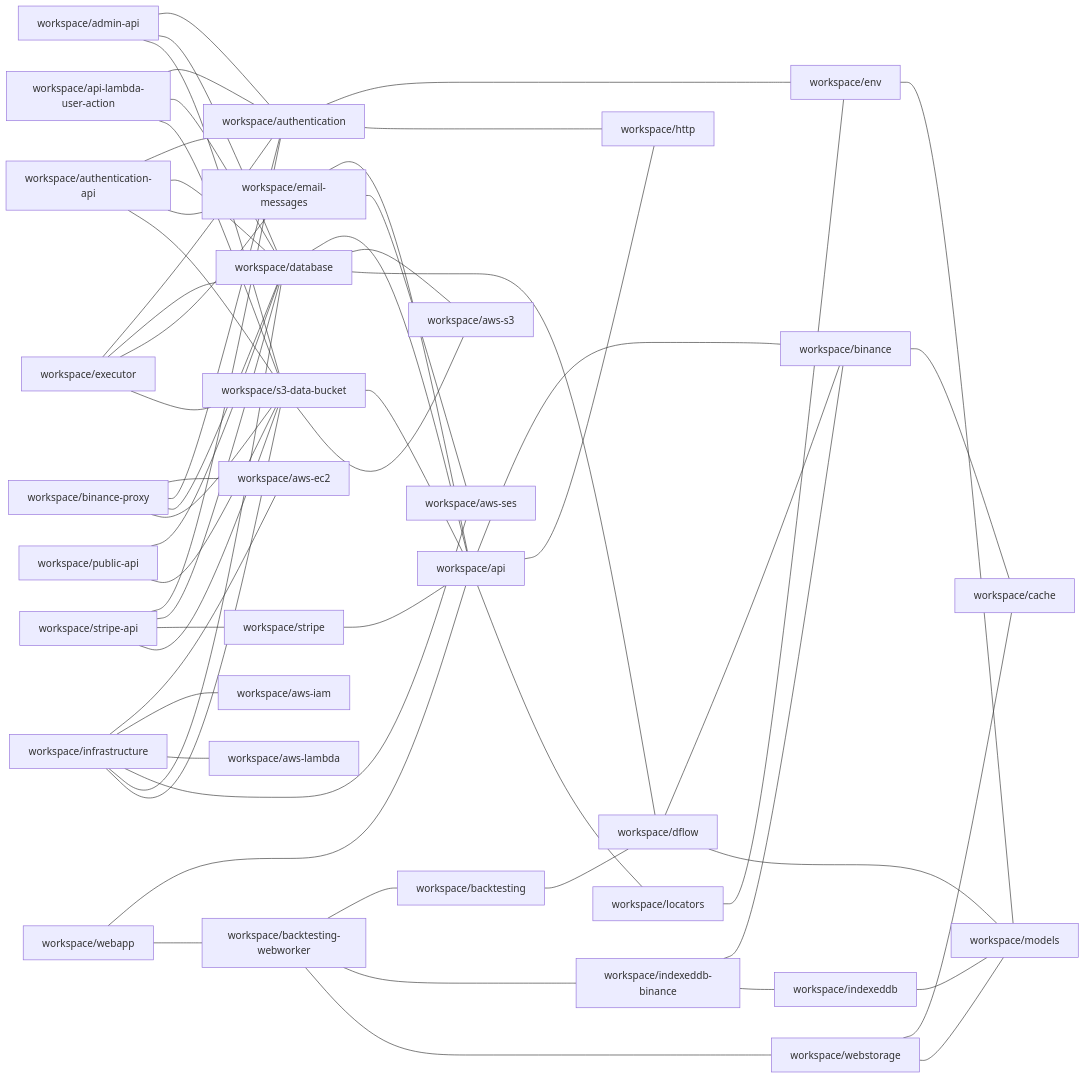
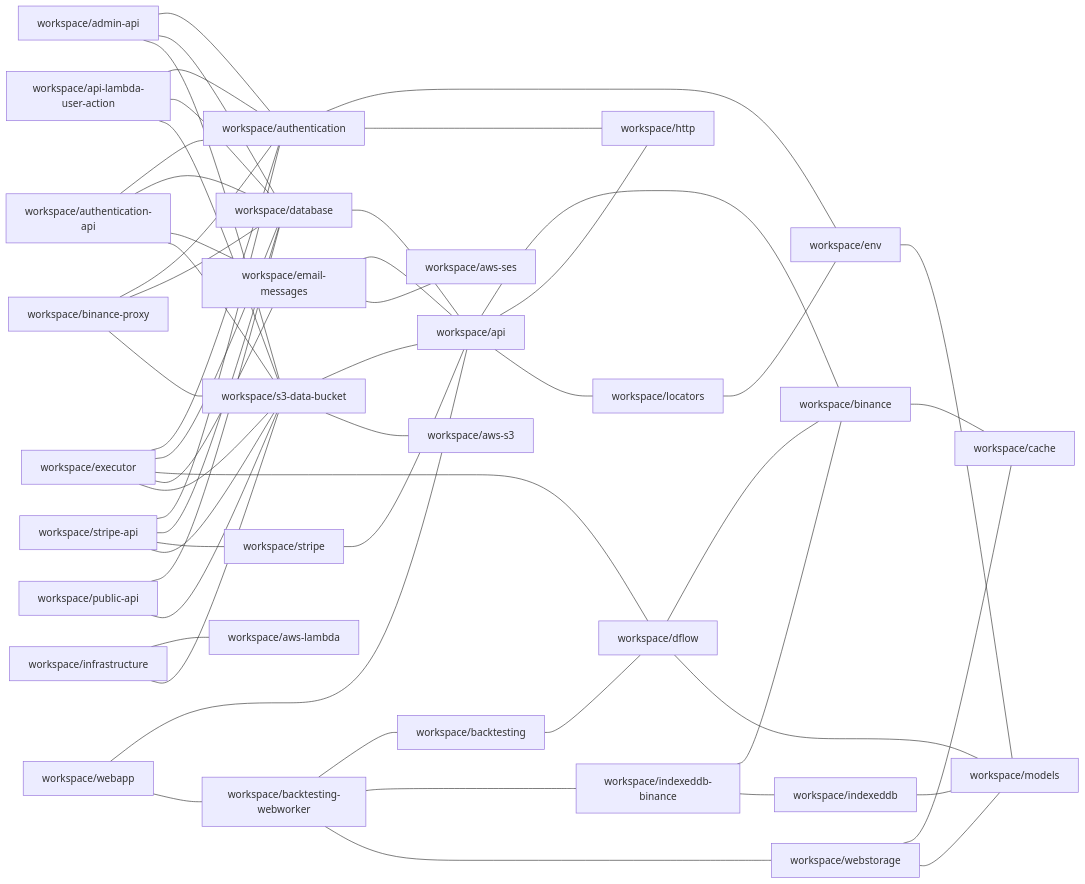
One commit to ggbot-org/ggbot changed the diagram in repository/docs/npm-dependencies.md. Above: the diagram before and after it, drawn with Mermaid. The commit also changed 16 other files, not shown here.

Commit message:
remove aws-iam workspace

````diff
--- a/repository/docs/npm-dependencies.md
+++ b/repository/docs/npm-dependencies.md
@@ -6,62 +6,56 @@
 ```mermaid
 graph LR
     workspace/admin-api --- workspace/authentication
     workspace/admin-api --- workspace/database
     workspace/admin-api --- workspace/s3-data-bucket
     workspace/api --- workspace/binance
     workspace/api --- workspace/http
     workspace/api --- workspace/locators
     workspace/api-lambda-user-action --- workspace/authentication
     workspace/api-lambda-user-action --- workspace/database
     workspace/api-lambda-user-action --- workspace/s3-data-bucket
     workspace/authentication --- workspace/env
     workspace/authentication --- workspace/http
     workspace/authentication-api --- workspace/authentication
     workspace/authentication-api --- workspace/database
     workspace/authentication-api --- workspace/email-messages
     workspace/authentication-api --- workspace/s3-data-bucket
     workspace/backtesting --- workspace/dflow
     workspace/backtesting-webworker --- workspace/backtesting
     workspace/backtesting-webworker --- workspace/indexeddb-binance
     workspace/backtesting-webworker --- workspace/webstorage
     workspace/binance --- workspace/cache
-    workspace/binance-proxy --- workspace/aws-ec2
     workspace/binance-proxy --- workspace/authentication
     workspace/binance-proxy --- workspace/database
     workspace/binance-proxy --- workspace/s3-data-bucket
     workspace/database --- workspace/api
-    workspace/database --- workspace/aws-s3
-    workspace/database --- workspace/dflow
     workspace/dflow --- workspace/binance
     workspace/dflow --- workspace/models
     workspace/email-messages --- workspace/api
     workspace/email-messages --- workspace/aws-ses
     workspace/env --- workspace/models
     workspace/executor --- workspace/authentication
     workspace/executor --- workspace/database
+    workspace/executor --- workspace/dflow
     workspace/executor --- workspace/email-messages
     workspace/executor --- workspace/s3-data-bucket
     workspace/indexeddb --- workspace/models
     workspace/indexeddb-binance --- workspace/binance
     workspace/indexeddb-binance --- workspace/indexeddb
-    workspace/infrastructure --- workspace/aws-ec2
-    workspace/infrastructure --- workspace/aws-iam
     workspace/infrastructure --- workspace/aws-lambda
-    workspace/infrastructure --- workspace/aws-ses
-    workspace/infrastructure --- workspace/database
     workspace/infrastructure --- workspace/s3-data-bucket
     workspace/locators --- workspace/env
     workspace/public-api --- workspace/database
     workspace/public-api --- workspace/s3-data-bucket
     workspace/s3-data-bucket --- workspace/api
     workspace/s3-data-bucket --- workspace/aws-s3
     workspace/stripe --- workspace/api
     workspace/stripe-api --- workspace/authentication
     workspace/stripe-api --- workspace/database
     workspace/stripe-api --- workspace/stripe
     workspace/stripe-api --- workspace/s3-data-bucket
     workspace/webapp --- workspace/api
     workspace/webapp --- workspace/backtesting-webworker
     workspace/webstorage --- workspace/cache
     workspace/webstorage --- workspace/models
 ```
````
